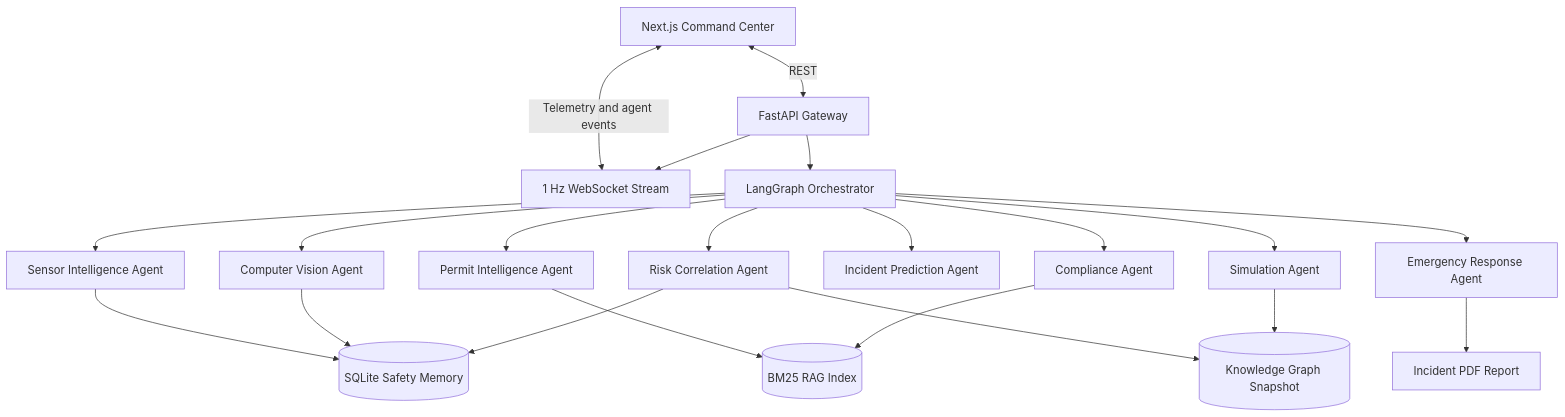
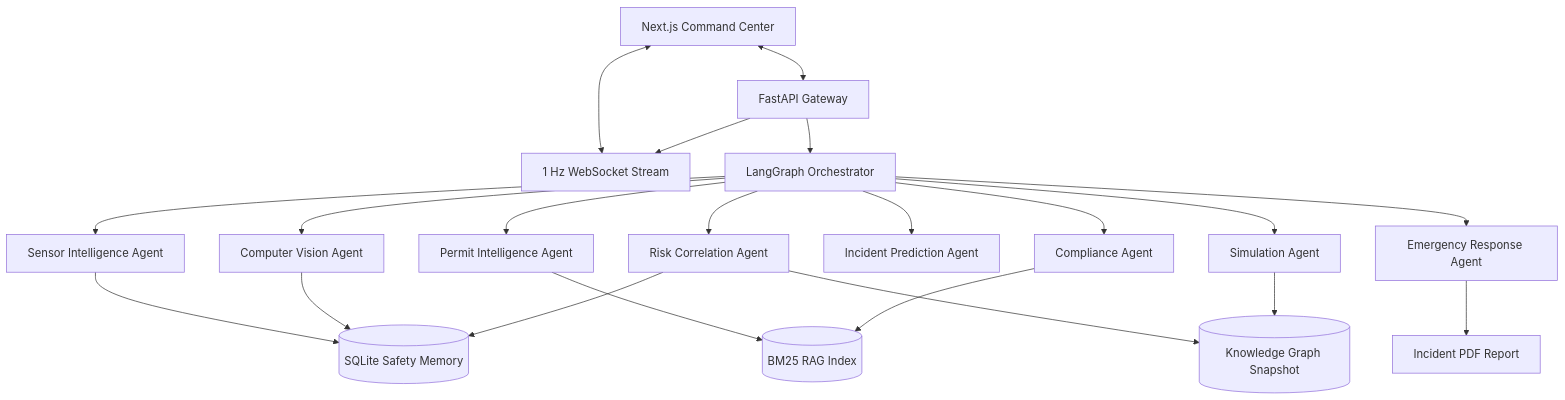
The diagram in README.md (ayus1234/sentinel-ai-safety-platform), drawn with Mermaid before and after one commit. The commit also changed other lines of this file, not shown here.

Commit message:
docs: improve project statistics table, add structure, fix mermaid

````diff
--- a/README.md
+++ b/README.md
@@ -105,44 +98,44 @@
 ```mermaid
 flowchart TD
-    UI[Next.js Command Center]
-    API[FastAPI Gateway]
-    WS[1 Hz WebSocket Stream]
-    Orch[LangGraph Orchestrator]
+    UI["Next.js Command Center"]
+    API["FastAPI Gateway"]
+    WS["1 Hz WebSocket Stream"]
+    Orch["LangGraph Orchestrator"]
 
-    A1[Sensor Intelligence Agent]
-    A2[Computer Vision Agent]
-    A3[Permit Intelligence Agent]
-    A4[Risk Correlation Agent]
-    A5[Incident Prediction Agent]
-    A6[Compliance Agent]
-    A7[Emergency Response Agent]
-    A8[Simulation Agent]
+    A1["Sensor Intelligence Agent"]
+    A2["Computer Vision Agent"]
+    A3["Permit Intelligence Agent"]
+    A4["Risk Correlation Agent"]
+    A5["Incident Prediction Agent"]
+    A6["Compliance Agent"]
+    A7["Emergency Response Agent"]
+    A8["Simulation Agent"]
 
-    DB1[(SQLite Safety Memory)]
-    DB2[(BM25 RAG Index)]
-    DB3[(Knowledge Graph Snapshot)]
-    Report[Incident PDF Report]
+    DB1[("SQLite Safety Memory")]
+    DB2[("BM25 RAG Index")]
+    DB3[("Knowledge Graph Snapshot")]
+    Report["Incident PDF Report"]
 
-    UI <-->|REST| API
-    UI <-->|Telemetry and agent events| WS
+    UI <--> API
+    UI <--> WS
     API --> WS
     API --> Orch
 
     Orch --> A1
     Orch --> A2
     Orch --> A3
     Orch --> A4
     Orch --> A5
     Orch --> A6
     Orch --> A7
     Orch --> A8
 
     A1 --> DB1
     A2 --> DB1
     A3 --> DB2
     A4 --> DB1
     A4 --> DB3
     A6 --> DB2
     A7 --> Report
     A8 --> DB3
 ```
````
